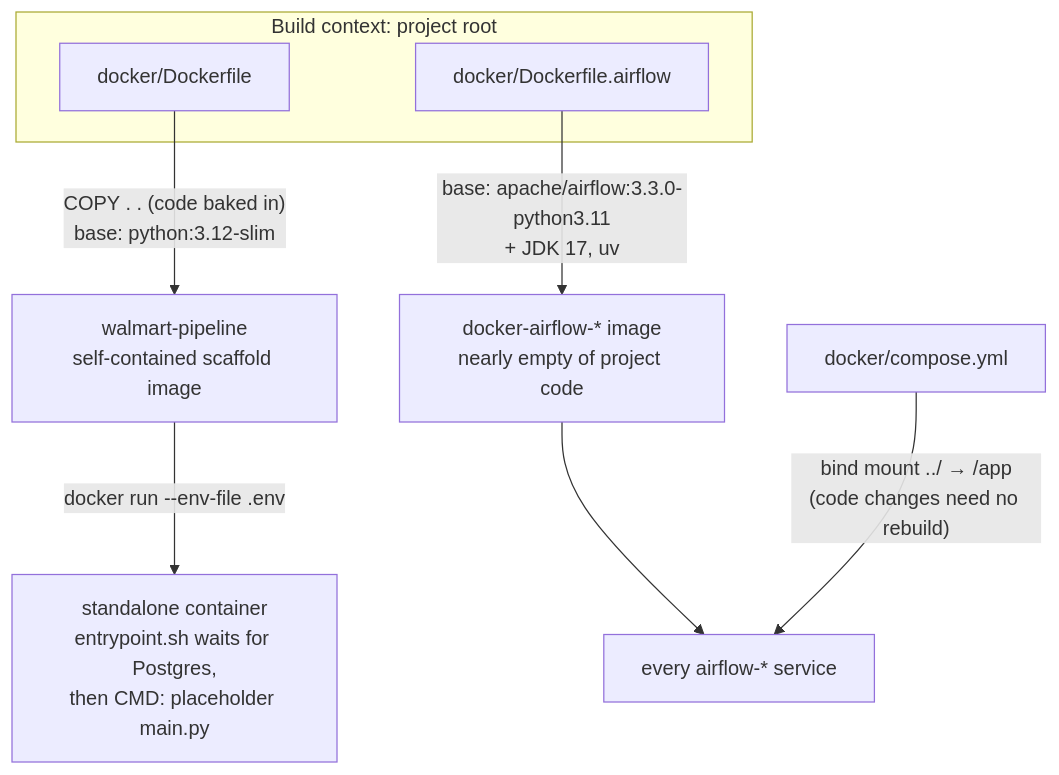
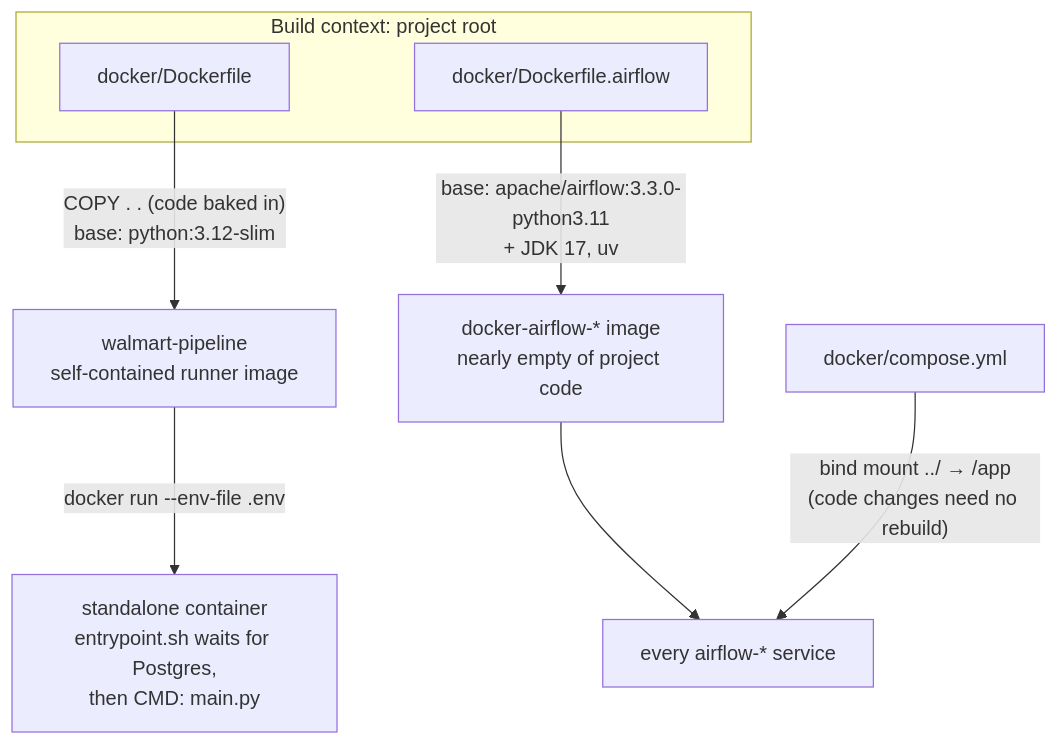
One commit to Nitinx12/Walmart_DBT changed the seventh of 10 diagrams in docs/ARCHITECTURE.md. Above: the diagram before and after it, drawn with Mermaid. The commit also changed other lines of this file and 32 other files, not shown here.

````diff
--- a/docs/ARCHITECTURE.md
+++ b/docs/ARCHITECTURE.md
@@ -280,14 +276,14 @@
 ```mermaid
 flowchart TD
     subgraph ctx["Build context: project root"]
         DF["docker/Dockerfile"]
         DFA["docker/Dockerfile.airflow"]
     end
 
-    DF -- "COPY . . (code baked in)<br/>base: python:3.12-slim" --> IMG1["walmart-pipeline<br/>self-contained scaffold image"]
-    IMG1 -- "docker run --env-file .env" --> RUN1["standalone container<br/>entrypoint.sh waits for Postgres,<br/>then CMD: placeholder main.py"]
+    DF -- "COPY . . (code baked in)<br/>base: python:3.12-slim" --> IMG1["walmart-pipeline<br/>self-contained runner image"]
+    IMG1 -- "docker run --env-file .env" --> RUN1["standalone container<br/>entrypoint.sh waits for Postgres,<br/>then CMD: main.py"]
 
     DFA -- "base: apache/airflow:3.3.0-python3.11<br/>+ JDK 17, uv" --> IMG2["docker-airflow-* image<br/>nearly empty of project code"]
     IMG2 --> SVC["every airflow-* service"]
     COMPOSE["docker/compose.yml"] -- "bind mount ../ → /app<br/>(code changes need no rebuild)" --> SVC
 ```
````
